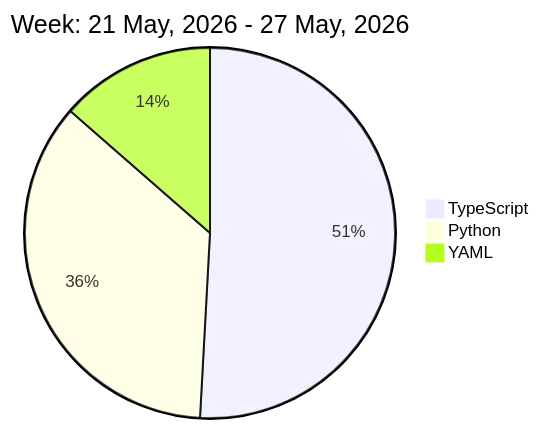
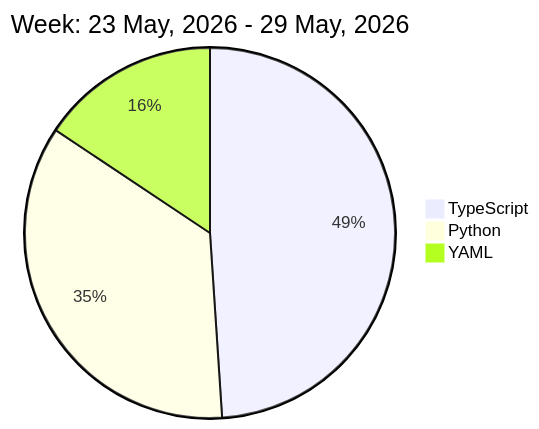
One commit to liubin95/liubin95 changed the diagram in README.md. Above: the diagram before and after it, drawn with Mermaid.

Commit message:
Updated the Graph with new Metrics

````diff
--- a/README.md
+++ b/README.md
@@ -32,7 +32,7 @@
 ```mermaid
  pie
-title Week: 21 May, 2026 - 27 May, 2026
- "TypeScript" : 9.18
- "Python" : 6.42
- "YAML" : 2.45
+title Week: 23 May, 2026 - 29 May, 2026
+ "TypeScript" : 8.2
+ "Python" : 5.93
+ "YAML" : 2.62
 ```
````
